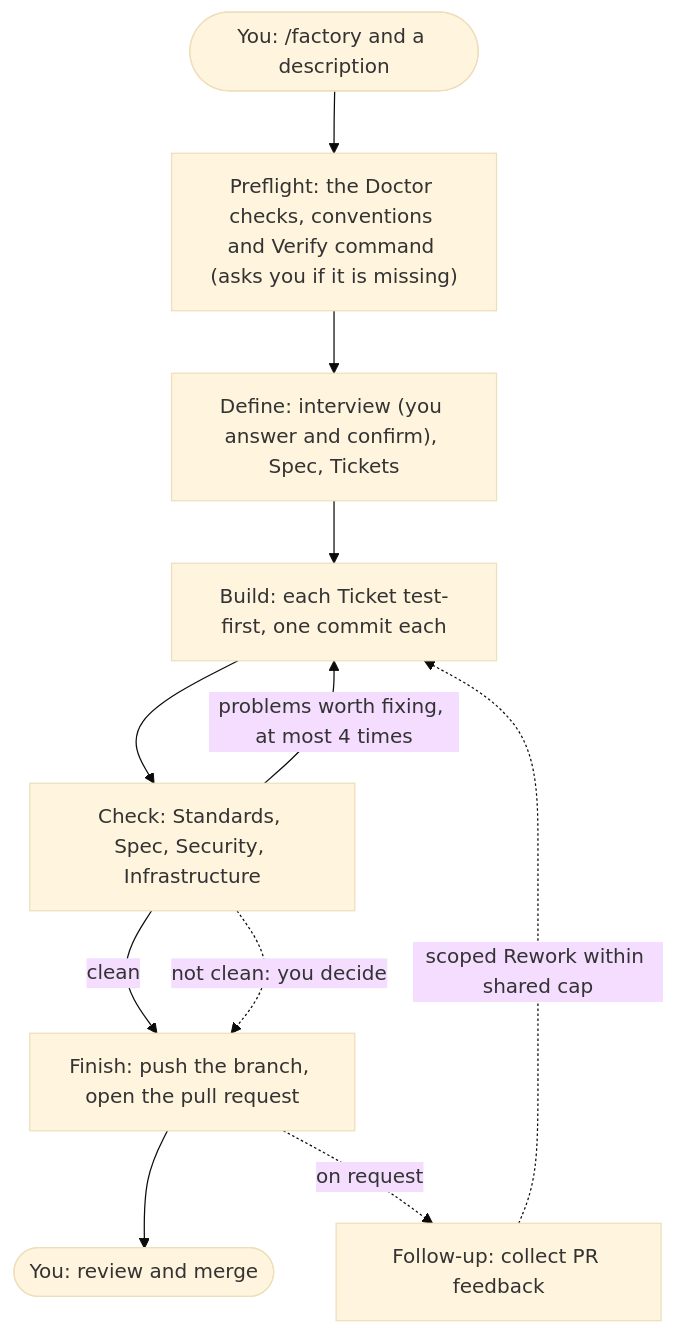
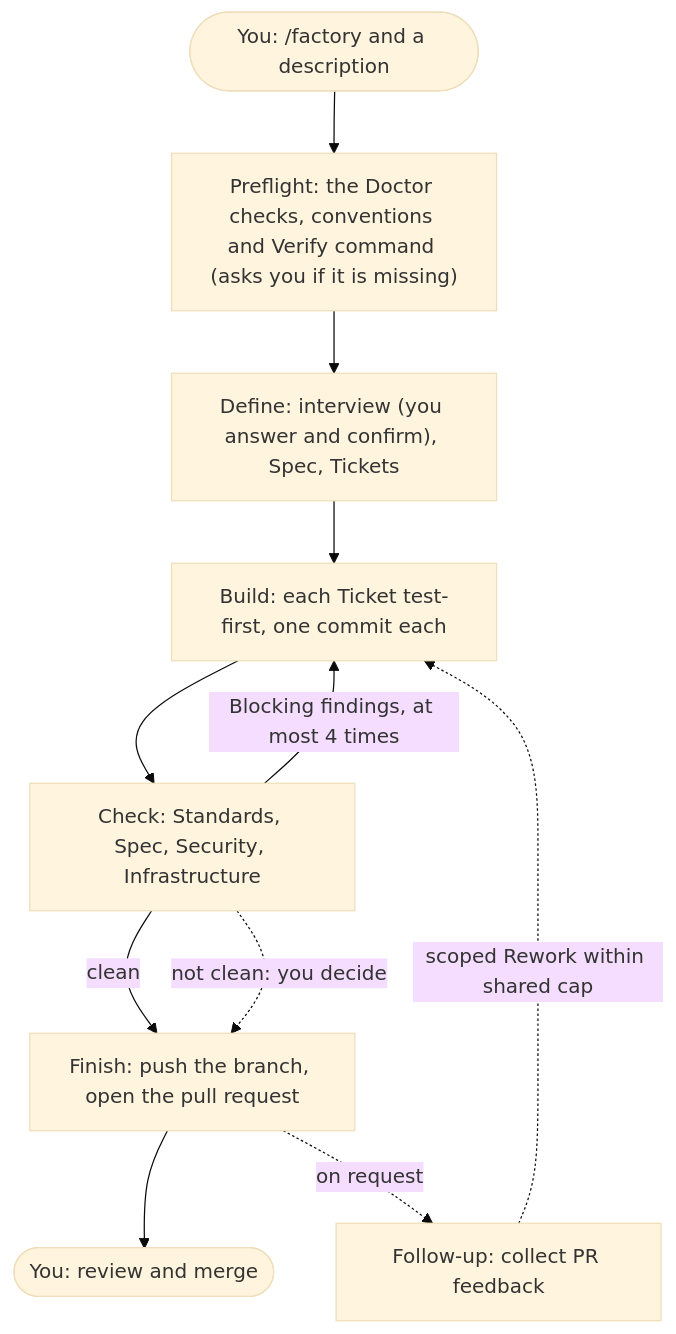
The first of 3 diagrams in docs/usage.md (TDSchreur/tds-factory), drawn with Mermaid (base theme) before and after one commit. The commit also changed other lines of this file and 14 other files, not shown here.

First line of the commit message:
Only Blocking findings send a Run back to Build (#294)

````diff
--- a/docs/usage.md
+++ b/docs/usage.md
@@ -7,13 +7,13 @@
 ```mermaid
 flowchart TB
     start(["You: /factory and a description"]) --> pre["Preflight: the Doctor checks, conventions and Verify command (asks you if it is missing)"]
     pre --> define["Define: interview (you answer and confirm), Spec, Tickets"]
     define --> build["Build: each Ticket test-first, one commit each"]
     build --> check["Check: Standards, Spec, Security, Infrastructure"]
-    check -->|"problems worth fixing, at most 4 times"| build
+    check -->|"Blocking findings, at most 4 times"| build
     check -->|"clean"| finish["Finish: push the branch, open the pull request"]
     check -.->|"not clean: you decide"| finish
     finish --> review(["You: review and merge"])
     finish -.->|"on request"| followup["Follow-up: collect PR feedback"]
     followup -.->|"scoped Rework within shared cap"| build
 ```
````
